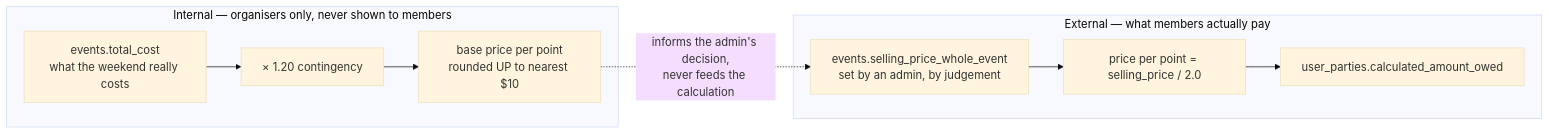
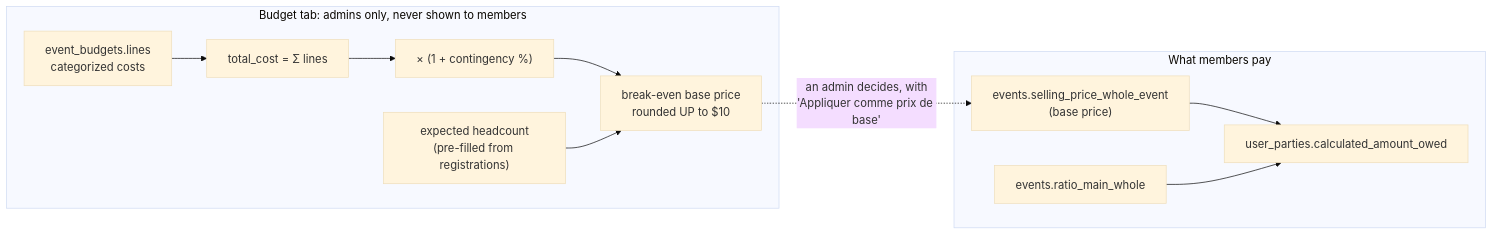
The diagram in docs/04-pricing-and-business-rules.md (YULmix/yulmix-la-bedaine), drawn with Mermaid (base theme) before and after one commit. The commit also changed other lines of this file and 24 other files, not shown here.

First line of the commit message:
feat(admin): per-event main-event ratio, admin-only budget, Budget tab with break-even simulator (#109) (#110)

````diff
--- a/docs/04-pricing-and-business-rules.md
+++ b/docs/04-pricing-and-business-rules.md
@@ -11,16 +11,20 @@
 ```mermaid
 flowchart LR
-  subgraph Internal["Internal — organisers only, never shown to members"]
-    TC["events.total_cost<br/>what the weekend really costs"]
-    CONT["× 1.20 contingency"]
-    BC["base price per point<br/>rounded UP to nearest $10"]
-    TC --> CONT --> BC
+  subgraph Internal["Budget tab: admins only, never shown to members"]
+    B["event_budgets.lines<br/>categorized costs"]
+    T["total_cost = Σ lines"]
+    C["× (1 + contingency %)"]
+    H["expected headcount<br/>(pre-filled from registrations)"]
+    BE["break-even base price<br/>rounded UP to $10"]
+    B --> T --> C --> BE
+    H --> BE
   end
-  subgraph External["External — what members actually pay"]
-    SP["events.selling_price_whole_event<br/>set by an admin, by judgement"]
-    PPP["price per point = selling_price / 2.0"]
+  subgraph External["What members pay"]
+    SP["events.selling_price_whole_event<br/>(base price)"]
+    R["events.ratio_main_whole"]
     OWED["user_parties.calculated_amount_owed"]
-    SP --> PPP --> OWED
+    SP --> OWED
+    R --> OWED
   end
-  BC -.->|"informs the admin's decision,<br/>never feeds the calculation"| SP
+  BE -.->|"an admin decides, with<br/>'Appliquer comme prix de base'"| SP
 ```
````
